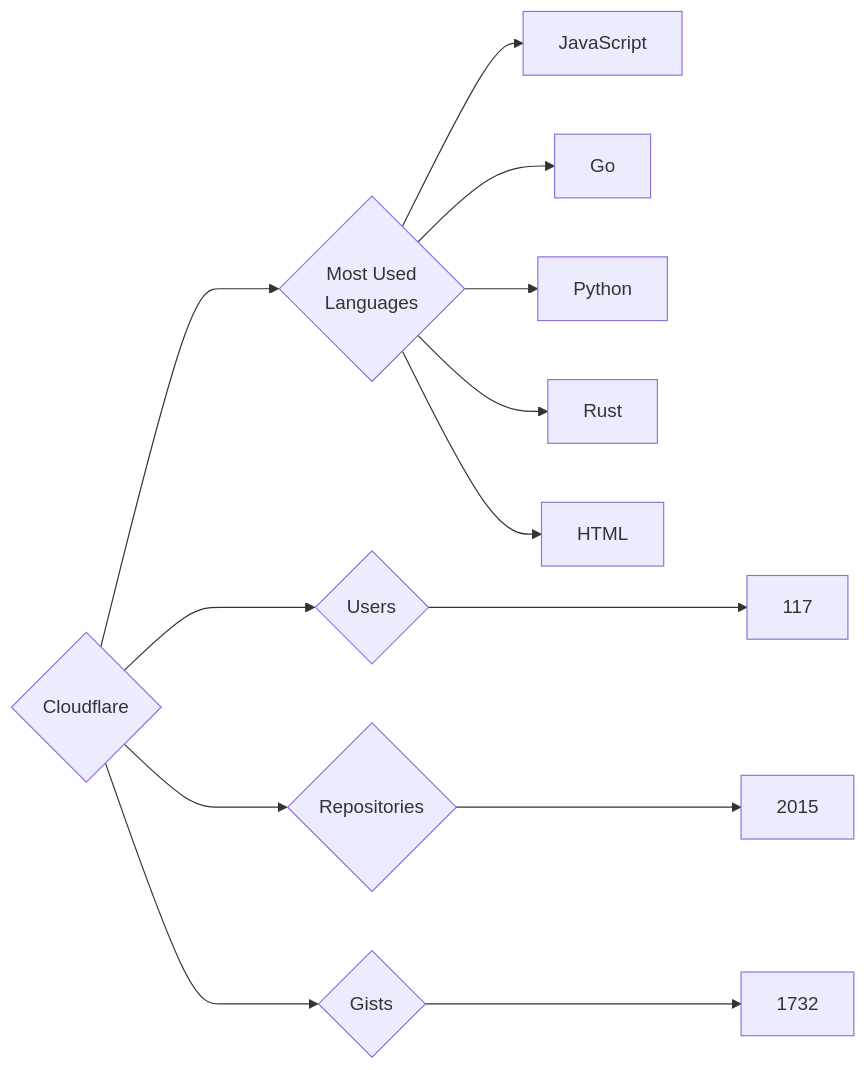
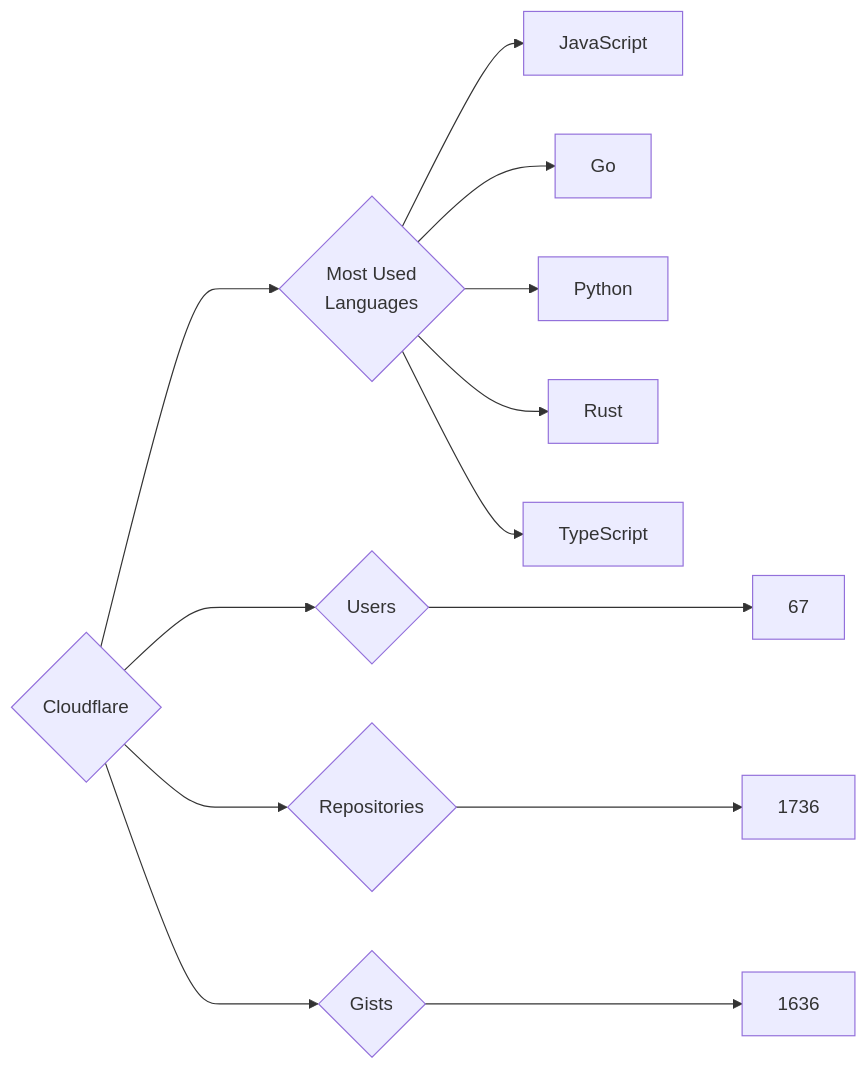
Before and after one commit to trickest/insiders: the diagram in targets/Cloudflare/README.md, drawn with Mermaid. The commit also changed 873 other files, not shown here.

````diff
--- a/targets/Cloudflare/README.md
+++ b/targets/Cloudflare/README.md
@@ -3,13 +3,13 @@
 ```mermaid
 graph LR
 COMPANY_NAME{Cloudflare}
-COMPANY_NAME ---> U{Users} ---> UN[117]
-COMPANY_NAME ---> R{Repositories} ---> RN[2015]
-COMPANY_NAME ---> G{Gists} ---> GN[1732]
+COMPANY_NAME ---> U{Users} ---> UN[67]
+COMPANY_NAME ---> R{Repositories} ---> RN[1736]
+COMPANY_NAME ---> G{Gists} ---> GN[1636]
 COMPANY_NAME ---> ML{Most Used<br>Languages}
 ML --> JavaScript[JavaScript]
 ML --> Go[Go]
 ML --> Python[Python]
 ML --> Rust[Rust]
-ML --> HTML[HTML]
+ML --> TypeScript[TypeScript]
 ```
````
